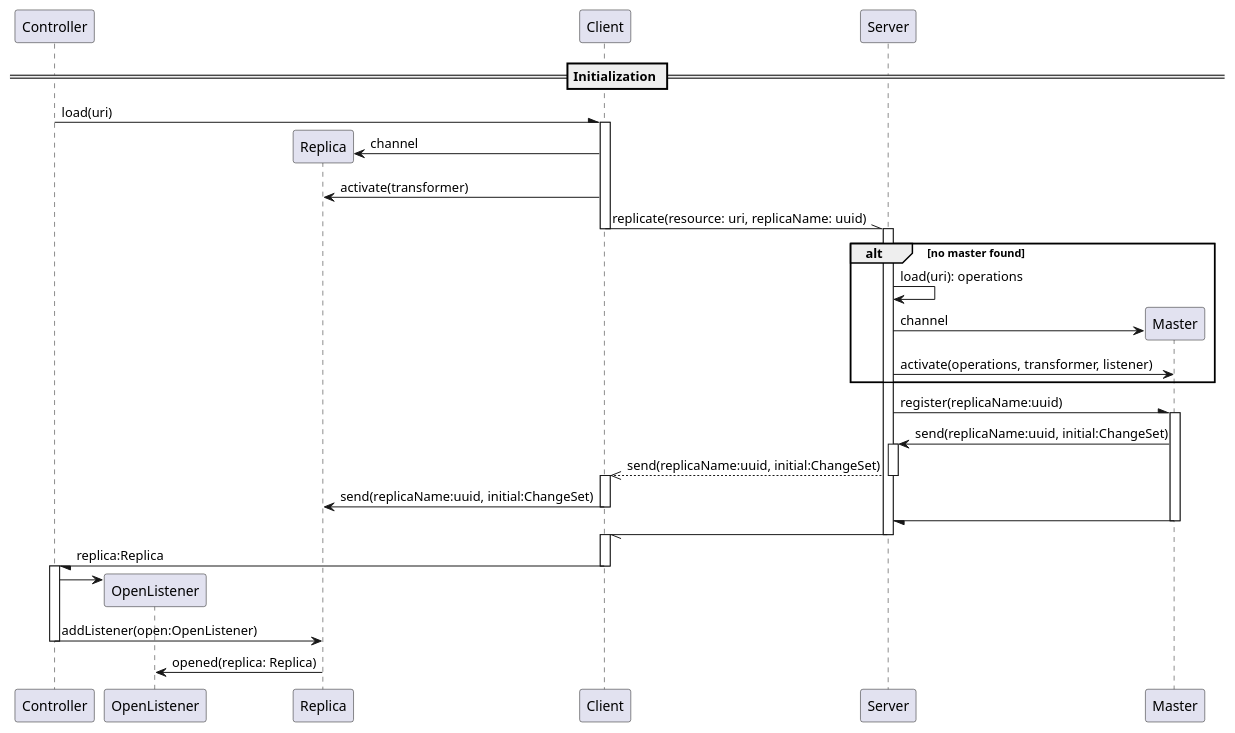
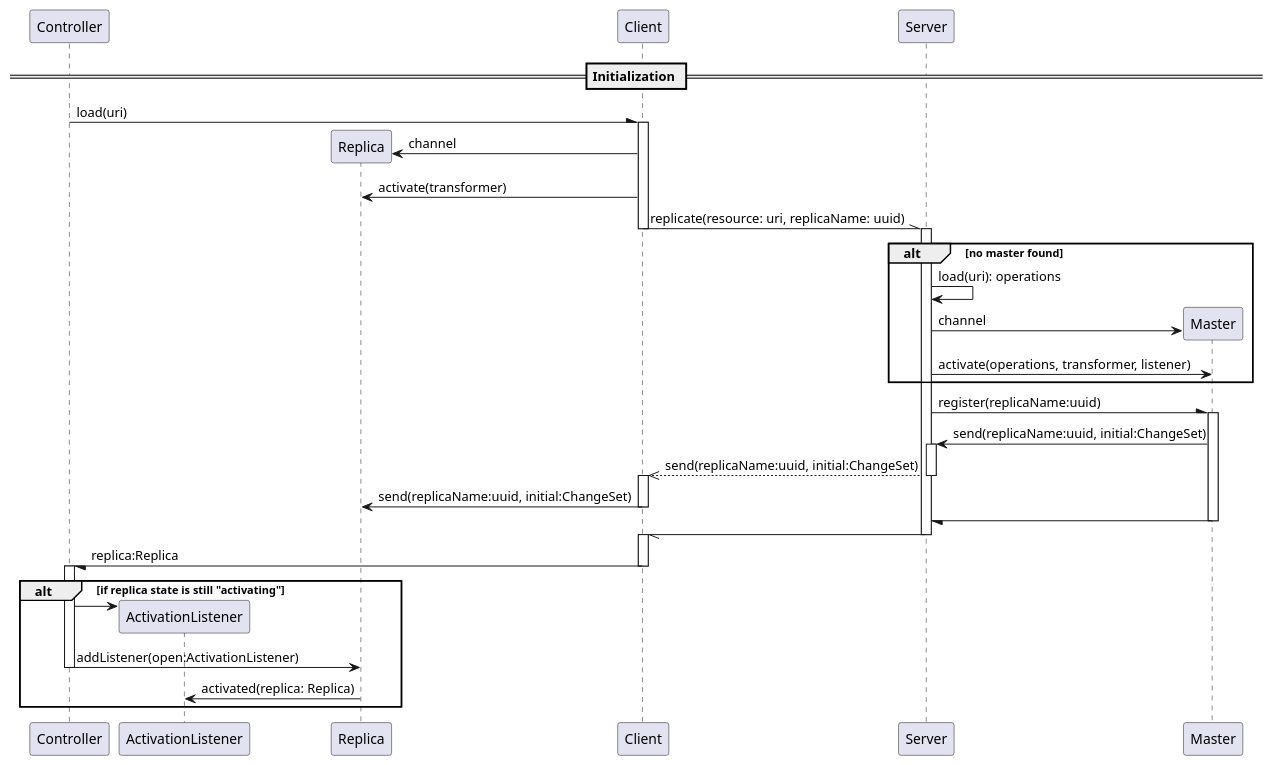
Before and after one commit to davidlinner/march: the diagram in doc/client-server.puml, drawn with PlantUML.

Commit message:
Again changed the end of initialization.

```diff
--- a/doc/client-server.puml
+++ b/doc/client-server.puml
@@ -1,62 +1,64 @@
 @startuml
 participant Controller
-participant OpenListener
+participant ActivationListener
 participant Replica
 participant Client
 participant Server
 participant Master
 
 == Initialization ==
 
 Controller -\ Client: load(uri)
 activate Client
 
 Create Replica
 Replica <- Client: channel
 Replica <- Client: activate(transformer)
 
 Client -\\ Server: replicate(resource: uri, replicaName: uuid)
 deactivate Client
 activate Server
 
 
 alt no master found
     Server -> Server: load(uri): operations
     create Master
     Server -> Master: channel
     Server -> Master: activate(operations, transformer, listener)
 end
 
 Server -\ Master: register(replicaName:uuid)
 activate Master
 
 Server <- Master: send(replicaName:uuid, initial:ChangeSet)
 activate Server
 Client <<-- Server: send(replicaName:uuid, initial:ChangeSet)
 deactivate Server
 activate Client
 
 Replica <- Client: send(replicaName:uuid, initial:ChangeSet)
 deactivate Client
 
 Server \- Master
 deactivate Master
 
 Client \\- Server
 deactivate Server
 activate Client
 
 Controller \- Client: replica:Replica
 deactivate Client
 activate Controller
 
-Create OpenListener
-Controller -> OpenListener
+alt if replica state is still "activating" 
+Create ActivationListener
+Controller -> ActivationListener
 
-Controller -> Replica: addListener(open:OpenListener)
+Controller -> Replica: addListener(open:ActivationListener)
 deactivate Controller
 
-OpenListener <- Replica: opened(replica: Replica)
+ActivationListener <- Replica: activated(replica: Replica)
 
+end
 
 @enduml
```
